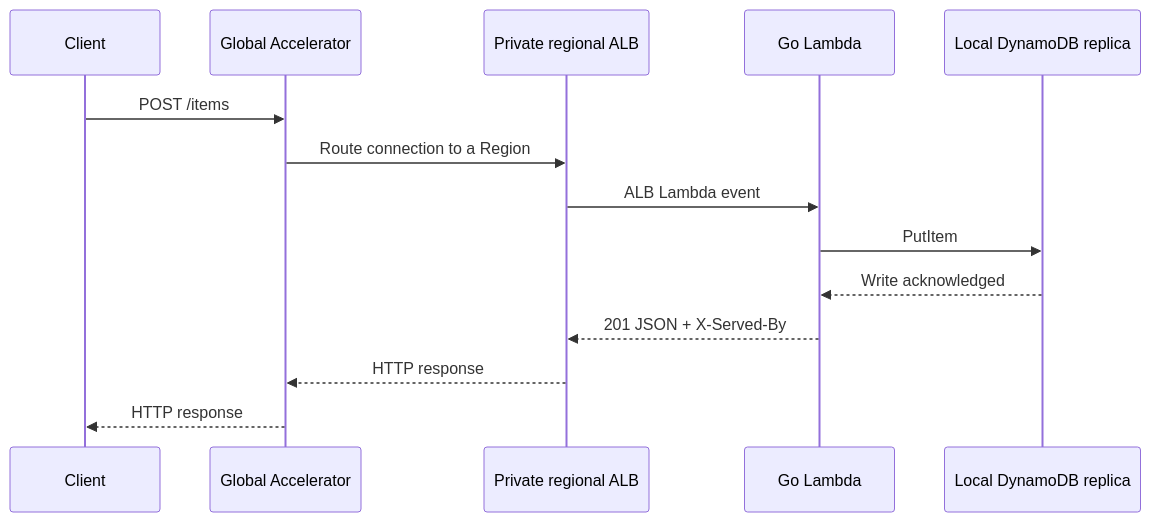
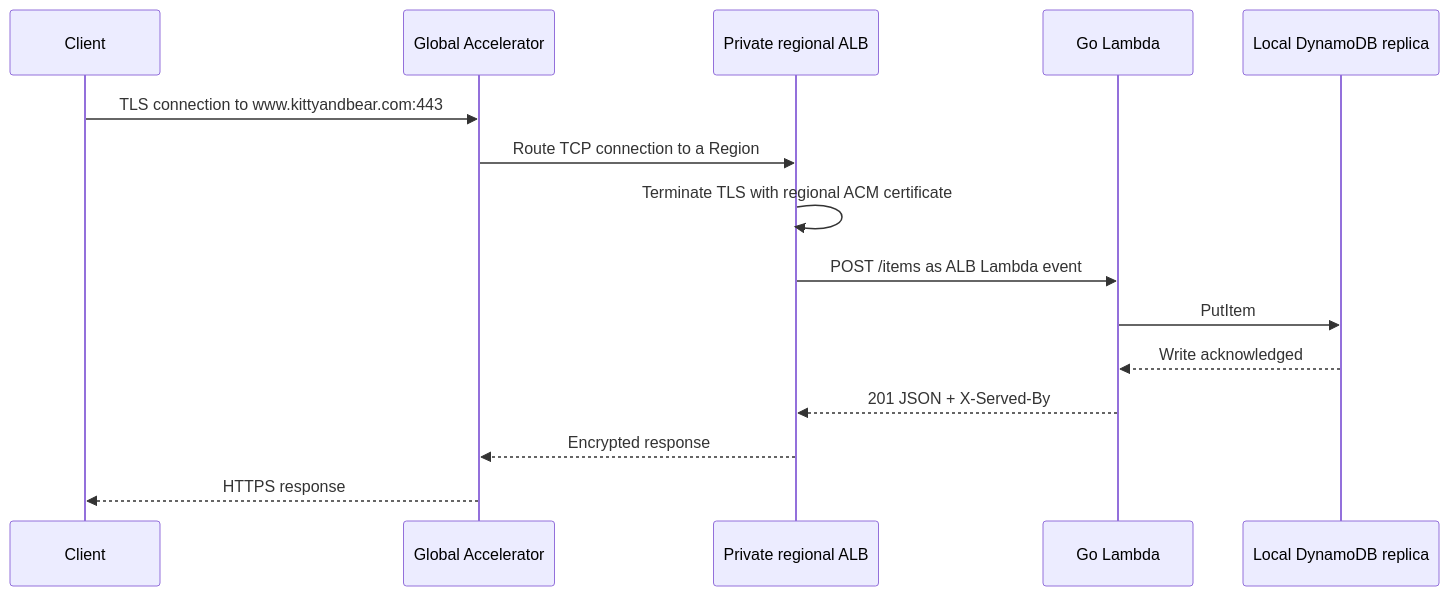
The second of 3 diagrams in architecture.md (johnpfeiffer/multiregion), drawn with Mermaid before and after one commit. The commit also changed other lines of this file and 7 other files, not shown here.

````diff
--- a/architecture.md
+++ b/architecture.md
@@ -27,17 +32,18 @@
 ```mermaid
 sequenceDiagram
     participant C as Client
     participant G as Global Accelerator
     participant A as Private regional ALB
     participant L as Go Lambda
     participant D as Local DynamoDB replica
 
-    C->>G: POST /items
-    G->>A: Route connection to a Region
-    A->>L: ALB Lambda event
+    C->>G: TLS connection to www.kittyandbear.com:443
+    G->>A: Route TCP connection to a Region
+    A->>A: Terminate TLS with regional ACM certificate
+    A->>L: POST /items as ALB Lambda event
     L->>D: PutItem
     D-->>L: Write acknowledged
     L-->>A: 201 JSON + X-Served-By
-    A-->>G: HTTP response
-    G-->>C: HTTP response
+    A-->>G: Encrypted response
+    G-->>C: HTTPS response
 ```
````
